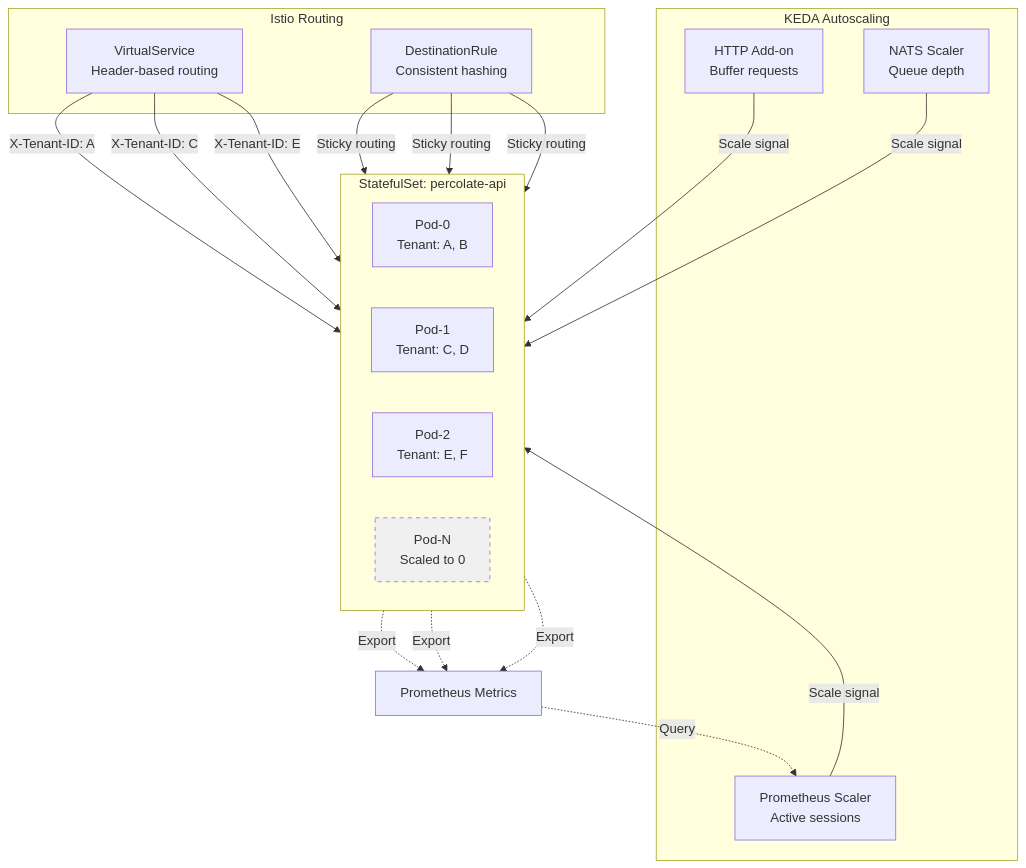
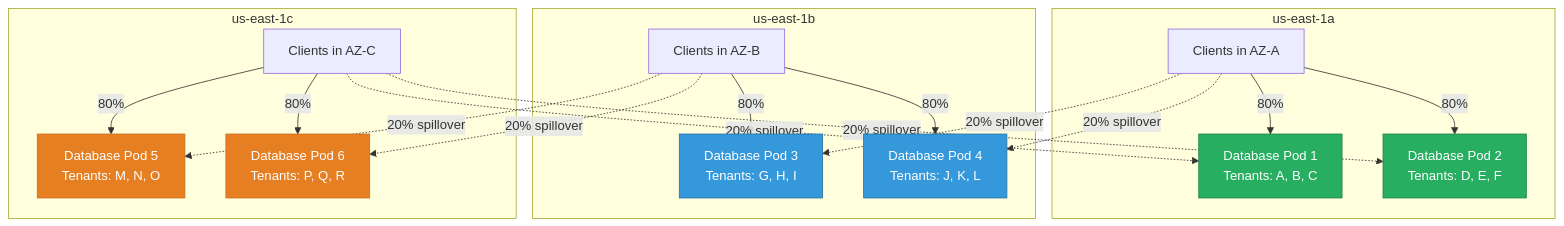
One commit to percolating-sirsh/percolate-node changed the seventh of 7 diagrams in k8s/system.md. Above: the diagram before and after it, drawn with Mermaid. The commit also changed other lines of this file and 52 other files, not shown here.

````diff
--- a/k8s/system.md
+++ b/k8s/system.md
@@ -798,43 +460,42 @@
 ```mermaid
 graph TB
-    subgraph "KEDA Autoscaling"
-        HTTP[HTTP Add-on<br/>Buffer requests]
-        NATS_Scale[NATS Scaler<br/>Queue depth]
-        Prom[Prometheus Scaler<br/>Active sessions]
+    subgraph "us-east-1a"
+        C1[Clients in AZ-A]
+        DB1[Database Pod 1<br/>Tenants: A, B, C]
+        DB2[Database Pod 2<br/>Tenants: D, E, F]
     end
 
-    subgraph "Istio Routing"
-        VS[VirtualService<br/>Header-based routing]
-        DR[DestinationRule<br/>Consistent hashing]
+    subgraph "us-east-1b"
+        C2[Clients in AZ-B]
+        DB3[Database Pod 3<br/>Tenants: G, H, I]
+        DB4[Database Pod 4<br/>Tenants: J, K, L]
     end
 
-    subgraph "StatefulSet: percolate-api"
-        direction LR
-        Pod0[Pod-0<br/>Tenant: A, B]
-        Pod1[Pod-1<br/>Tenant: C, D]
-        Pod2[Pod-2<br/>Tenant: E, F]
-        PodN[Pod-N<br/>Scaled to 0]
+    subgraph "us-east-1c"
+        C3[Clients in AZ-C]
+        DB5[Database Pod 5<br/>Tenants: M, N, O]
+        DB6[Database Pod 6<br/>Tenants: P, Q, R]
     end
 
-    Metrics[Prometheus Metrics]
+    C1 -->|80%| DB1
+    C1 -->|80%| DB2
+    C1 -.->|20% spillover| DB3
+    C1 -.->|20% spillover| DB4
 
-    HTTP -->|Scale signal| Pod0
-    NATS_Scale -->|Scale signal| Pod1
-    Prom -->|Scale signal| Pod2
+    C2 -->|80%| DB3
+    C2 -->|80%| DB4
+    C2 -.->|20% spillover| DB5
+    C2 -.->|20% spillover| DB6
 
-    VS -->|X-Tenant-ID: A| Pod0
-    VS -->|X-Tenant-ID: C| Pod1
-    VS -->|X-Tenant-ID: E| Pod2
+    C3 -->|80%| DB5
+    C3 -->|80%| DB6
+    C3 -.->|20% spillover| DB1
+    C3 -.->|20% spillover| DB2
 
-    DR -->|Sticky routing| Pod0
-    DR -->|Sticky routing| Pod1
-    DR -->|Sticky routing| Pod2
-
-    Pod0 -.->|Export| Metrics
-    Pod1 -.->|Export| Metrics
-    Pod2 -.->|Export| Metrics
-
-    Metrics -.->|Query| Prom
-
-    style PodN fill:#f0f0f0,stroke-dasharray: 5 5
+    style DB1 fill:#27ae60,stroke:#1e8449,color:#fff
+    style DB2 fill:#27ae60,stroke:#1e8449,color:#fff
+    style DB3 fill:#3498db,stroke:#2874a6,color:#fff
+    style DB4 fill:#3498db,stroke:#2874a6,color:#fff
+    style DB5 fill:#e67e22,stroke:#ca6f1e,color:#fff
+    style DB6 fill:#e67e22,stroke:#ca6f1e,color:#fff
 ```
````
